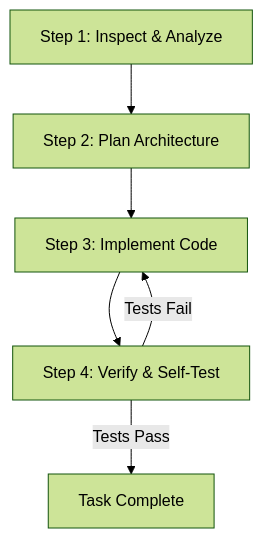
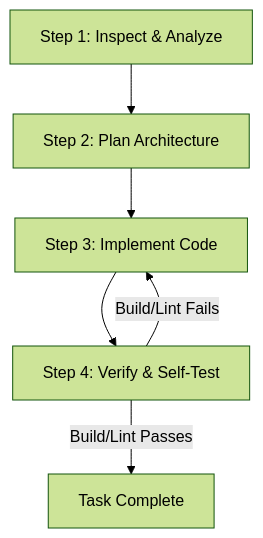
Before and after one commit to karthikeyan11-dev/Health-AI: the diagram in CLAUDE.md, drawn with Mermaid (forest theme). The commit also changed other lines of this file and 25 other files, not shown here.

````diff
--- a/CLAUDE.md
+++ b/CLAUDE.md
@@ -153,8 +181,8 @@
 ```mermaid
 flowchart TD
     A[Step 1: Inspect & Analyze] --> B[Step 2: Plan Architecture]
     B --> C[Step 3: Implement Code]
     C --> D[Step 4: Verify & Self-Test]
-    D -->|Tests Fail| C
-    D -->|Tests Pass| E[Task Complete]
+    D -->|Build/Lint Fails| C
+    D -->|Build/Lint Passes| E[Task Complete]
 ```
````
